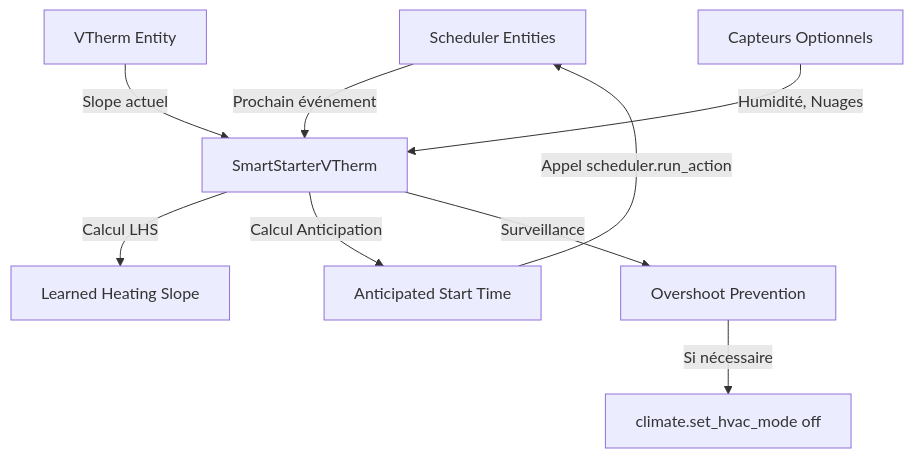
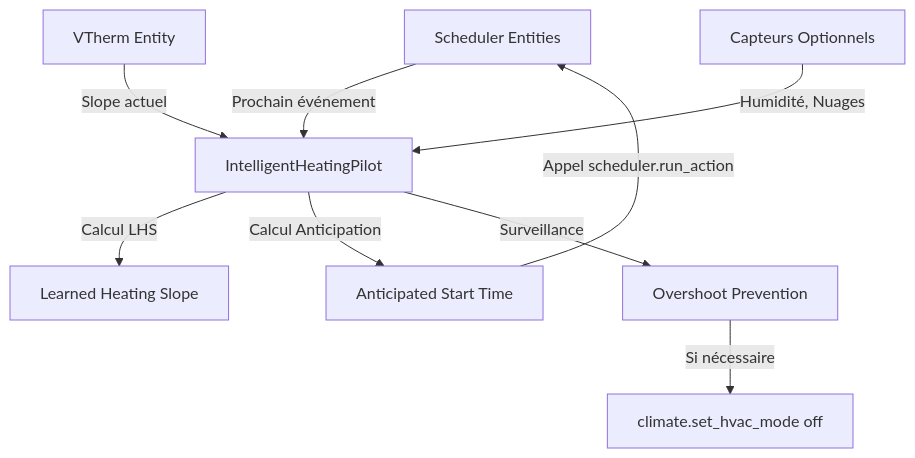
The diagram in ARCHITECTURE.md (THEY/Intelligent-Heating-Pilot), drawn with Mermaid before and after one commit. The commit also changed other lines of this file and 21 other files, not shown here.

First line of the commit message:
Rebrand Smart Starter VTherm to Intelligent Heating Pilot (IHP) (#2)

````diff
--- a/ARCHITECTURE.md
+++ b/ARCHITECTURE.md
@@ -9,11 +9,11 @@
 ```mermaid
 graph TD
-    A[Scheduler Entities] -->|Prochain événement| B[SmartStarterVTherm]
+    A[Scheduler Entities] -->|Prochain événement| B[IntelligentHeatingPilot]
     C[VTherm Entity] -->|Slope actuel| B
     D[Capteurs Optionnels] -->|Humidité, Nuages| B
     B -->|Calcul LHS| E[Learned Heating Slope]
     B -->|Calcul Anticipation| F[Anticipated Start Time]
     F -->|Appel scheduler.run_action| A
     B -->|Surveillance| G[Overshoot Prevention]
     G -->|Si nécessaire| H[climate.set_hvac_mode off]
 ```
````
